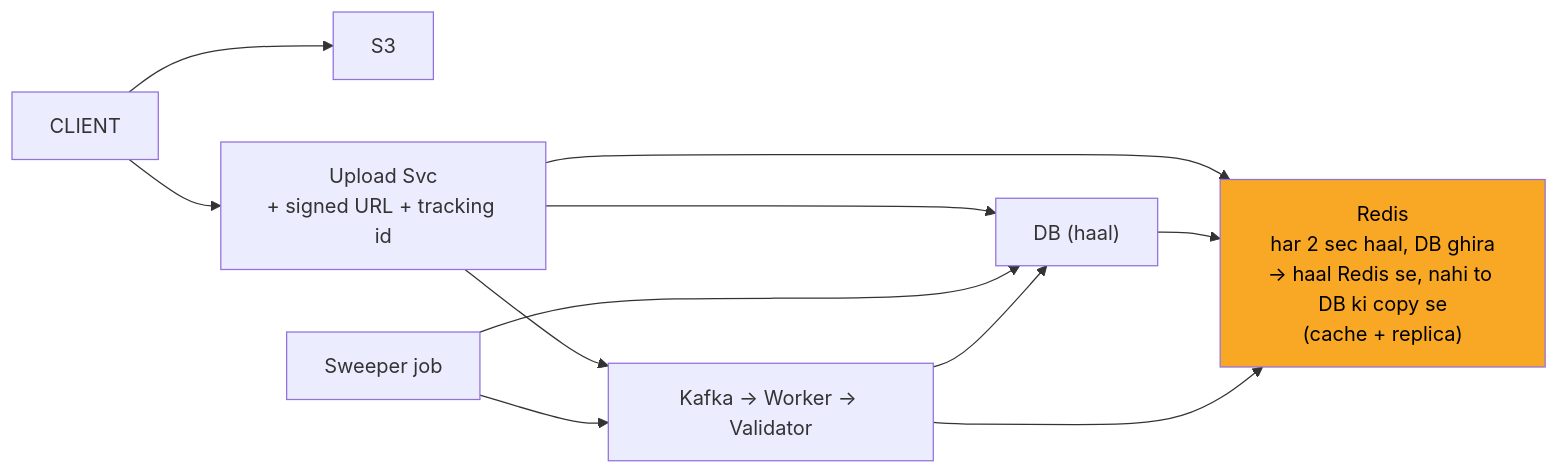
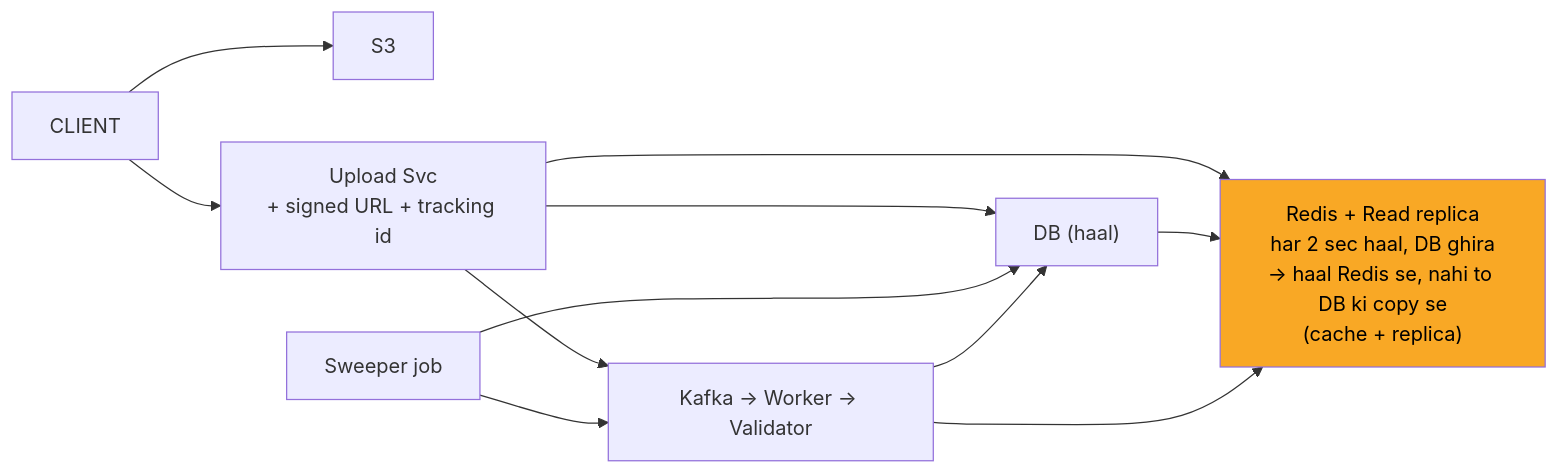
Before and after one commit to ArpanMaheshwari144/Prep: the sixth of 11 diagrams in 04_HLD/SYSTEM_DESIGNS/07_file_upload_validate_system/07_file_upload_INTERVIEW.md, drawn with Mermaid. The commit also changed 10 other files, not shown here.

````diff
--- a/04_HLD/SYSTEM_DESIGNS/07_file_upload_validate_system/07_file_upload_INTERVIEW.md
+++ b/04_HLD/SYSTEM_DESIGNS/07_file_upload_validate_system/07_file_upload_INTERVIEW.md
@@ -232,21 +232,21 @@
 ```mermaid
 flowchart LR
     n_CLIENT["CLIENT"]
     n_S3["S3"]
     n_Upload_Svc["Upload Svc<br/>+ signed URL + tracking id"]
-    n_RC["Redis<br/>har 2 sec haal, DB ghira<br/>-> haal Redis se, nahi to DB ki copy se<br/>(cache + replica)"]
+    n_RC["Redis + Read replica<br/>har 2 sec haal, DB ghira<br/>-> haal Redis se, nahi to DB ki copy se<br/>(cache + replica)"]
     n_DB["DB (haal)"]
     n_Sweeper_job["Sweeper job"]
     n_CHAIN["Kafka -> Worker -> Validator"]
     n_CLIENT --> n_S3
     n_CLIENT --> n_Upload_Svc
     n_Upload_Svc --> n_RC
     n_Upload_Svc --> n_DB
     n_DB --> n_RC
     n_Upload_Svc --> n_CHAIN
     n_Sweeper_job --> n_DB
     n_Sweeper_job --> n_CHAIN
     n_CHAIN --> n_DB
     n_CHAIN --> n_RC
     style n_RC fill:#f9a825,color:#000
 ```
````
